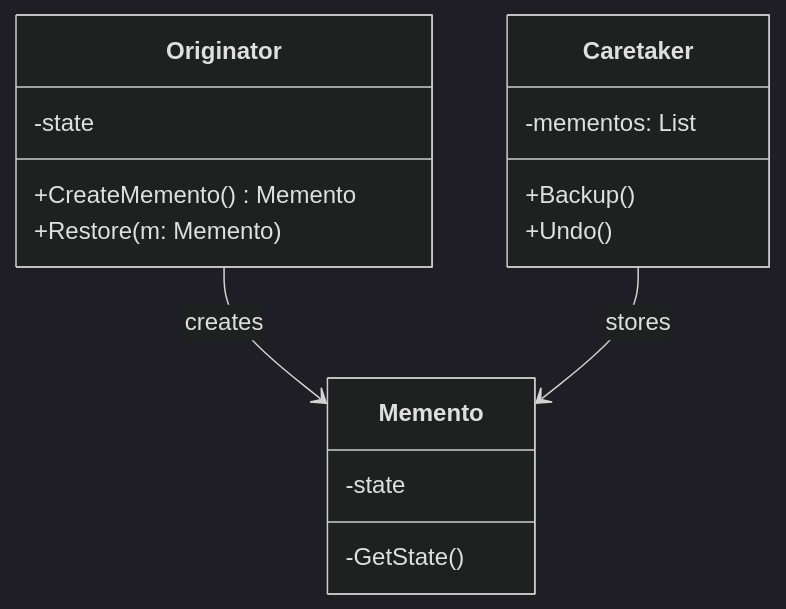
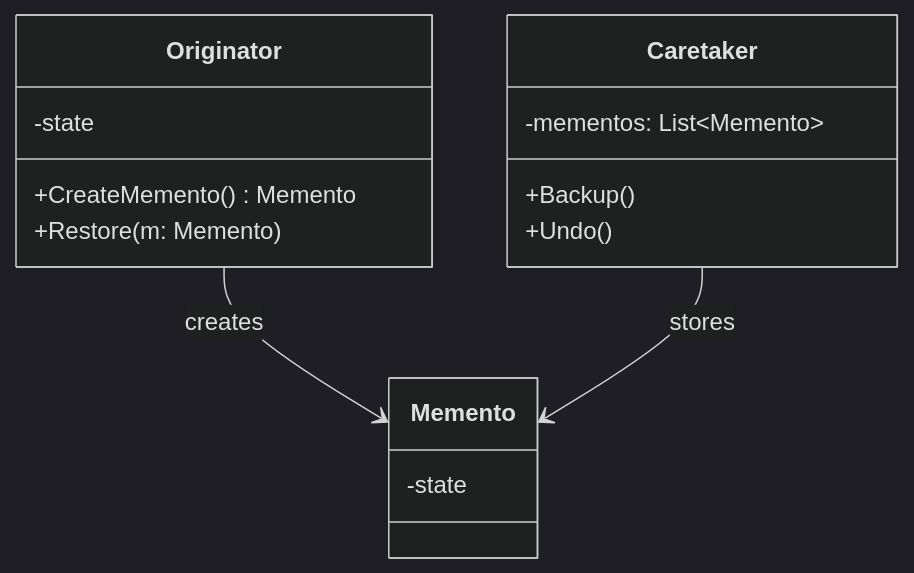
The fifth of 11 diagrams in raw/cs/design-patterns/behavioral-patterns.md (minijb/Wiki), drawn with Mermaid (dark theme) before and after one commit. The commit also changed other lines of this file and 962 other files, not shown here.

````diff
--- a/raw/cs/design-patterns/behavioral-patterns.md
+++ b/raw/cs/design-patterns/behavioral-patterns.md
@@ -492,20 +660,19 @@
 ```mermaid
 classDiagram
     class Originator {
         -state
         +CreateMemento() Memento
         +Restore(m: Memento)
     }
     class Memento {
         -state
-        -GetState()
     }
     class Caretaker {
-        -mementos: List
+        -mementos: List~Memento~
         +Backup()
         +Undo()
     }
 
     Originator --> Memento : creates
     Caretaker --> Memento : stores
 ```
````
